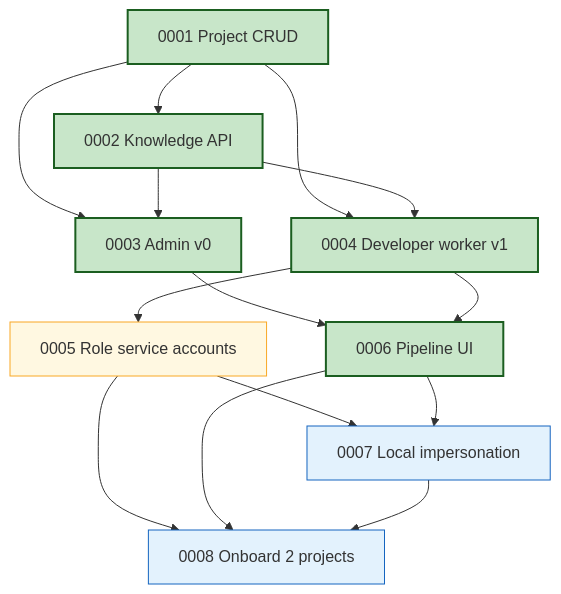
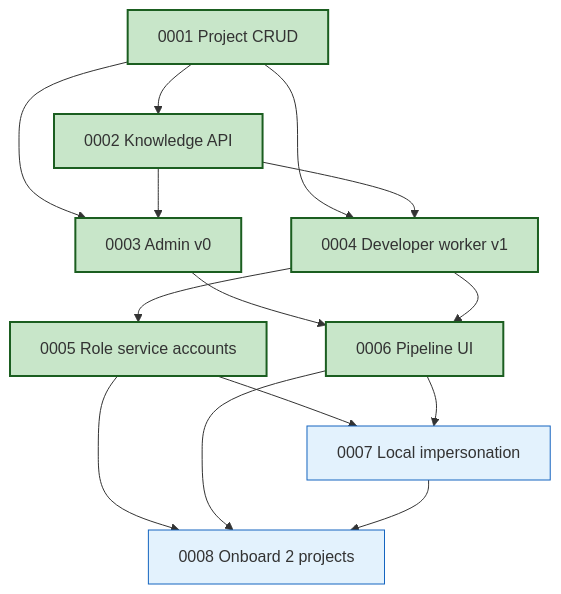
The diagram in system/product-specs/ROADMAP.md (coder-devx/coder-system), drawn with Mermaid before and after one commit. The commit also changed other lines of this file and 4 other files, not shown here.

````diff
--- a/system/product-specs/ROADMAP.md
+++ b/system/product-specs/ROADMAP.md
@@ -169,33 +181,30 @@
 ```mermaid
 flowchart TB
   s1["0001 Project CRUD"]
   s2["0002 Knowledge API"]
   s3["0003 Admin v0"]
   s4["0004 Developer worker v1"]
   s5["0005 Role service accounts"]
   s6["0006 Pipeline UI"]
   s7["0007 Local impersonation"]
   s8["0008 Onboard 2 projects"]
 
   s1 --> s2
   s1 --> s3
   s1 --> s4
   s2 --> s3
   s2 --> s4
   s3 --> s6
   s4 --> s5
   s4 --> s6
   s5 --> s7
   s6 --> s7
   s5 --> s8
   s6 --> s8
   s7 --> s8
 
   classDef shipped fill:#c8e6c9,stroke:#1b5e20,stroke-width:2px
-  classDef now fill:#e8f5e9,stroke:#2e7d32
-  classDef next fill:#fff8e1,stroke:#f9a825
   classDef later fill:#e3f2fd,stroke:#1565c0
-  class s1,s2,s3,s4,s6 shipped
-  class s5 next
+  class s1,s2,s3,s4,s5,s6 shipped
   class s7,s8 later
 ```
````
